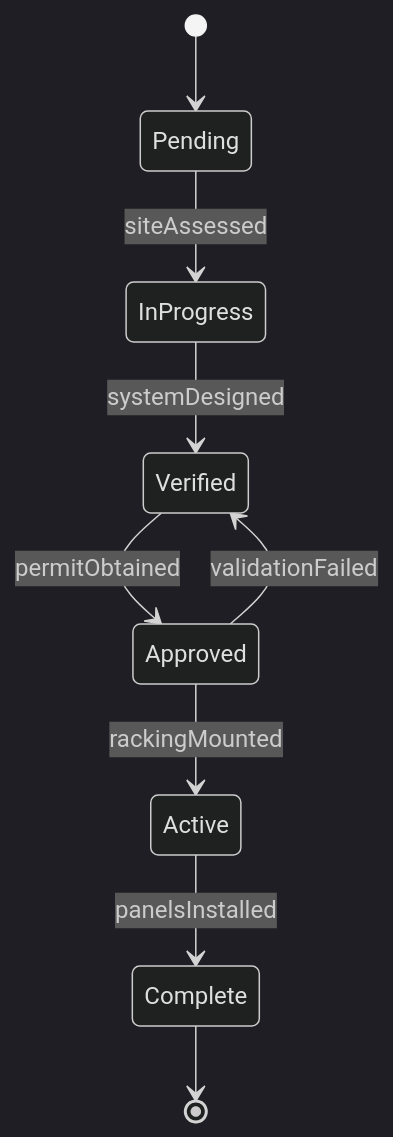
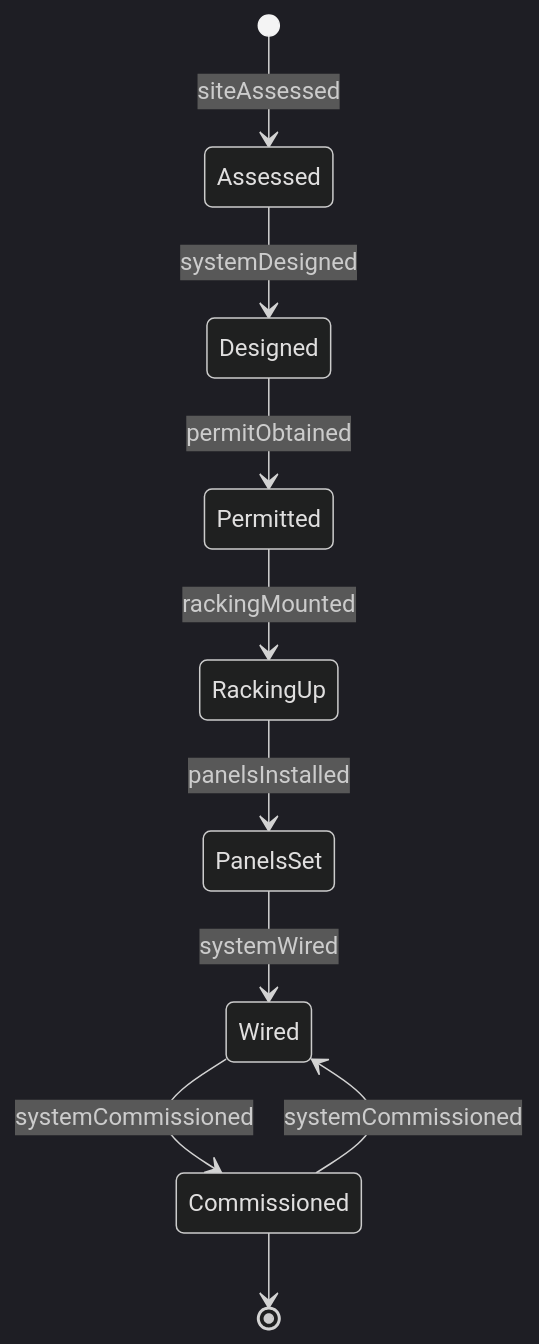
One commit to dot-org-ai/tasks.org.ai changed the second of 4 diagrams in HandlingAndMovingObjects/InstallEnergyOrHeatingEquipment/InstallSolarEnergySystems.mdx. Above: the diagram before and after it, drawn with Mermaid (dark theme). The commit also changed other lines of this file and 515 other files, not shown here.

````diff
--- a/HandlingAndMovingObjects/InstallEnergyOrHeatingEquipment/InstallSolarEnergySystems.mdx
+++ b/HandlingAndMovingObjects/InstallEnergyOrHeatingEquipment/InstallSolarEnergySystems.mdx
@@ -101,11 +102,12 @@
 ```mermaid
 stateDiagram-v2
-    [*] --> Pending
-    Pending --> InProgress : siteAssessed
-    InProgress --> Verified : systemDesigned
-    Verified --> Approved : permitObtained
-    Approved --> Active : rackingMounted
-    Active --> Complete : panelsInstalled
-    Approved --> Verified : validationFailed
-    Complete --> [*]
+    [*] --> Assessed : siteAssessed
+    Assessed --> Designed : systemDesigned
+    Designed --> Permitted : permitObtained
+    Permitted --> RackingUp : rackingMounted
+    RackingUp --> PanelsSet : panelsInstalled
+    PanelsSet --> Wired : systemWired
+    Wired --> Commissioned : systemCommissioned
+    Commissioned --> Wired : systemCommissioned
+    Commissioned --> [*]
 ```
````
